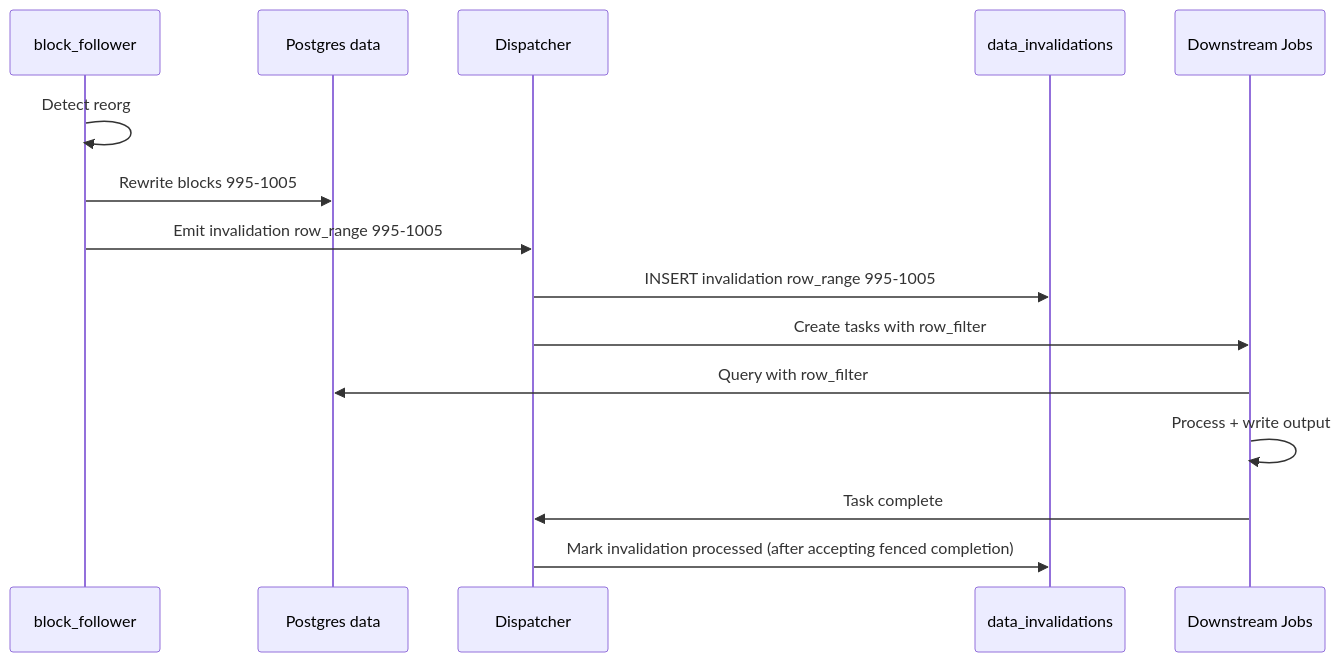
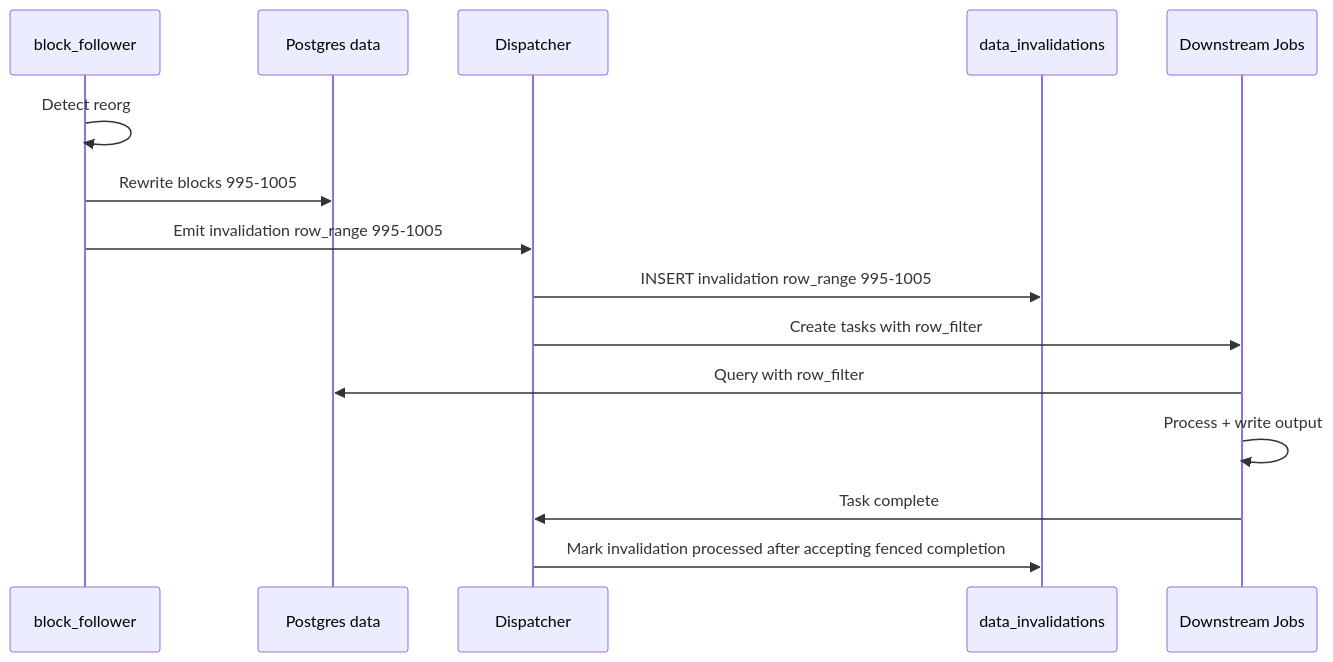
Before and after one commit to c7121/trace: the first of 2 diagrams in docs/architecture/data_versioning.md, drawn with Mermaid. The commit also changed 2 other files, not shown here.

Commit message:
docs: remove parentheses from Mermaid labels

````diff
--- a/docs/architecture/data_versioning.md
+++ b/docs/architecture/data_versioning.md
@@ -150,18 +150,18 @@
 ```mermaid
 sequenceDiagram
     participant BF as block_follower
     participant PG as Postgres data
     participant DISP as Dispatcher
     participant INV as data_invalidations
     participant DS as Downstream Jobs
 
     BF->>BF: Detect reorg
     BF->>PG: Rewrite blocks 995-1005
     BF->>DISP: Emit invalidation row_range 995-1005
     DISP->>INV: INSERT invalidation row_range 995-1005
     DISP->>DS: Create tasks with row_filter
     DS->>PG: Query with row_filter
     DS->>DS: Process + write output
     DS->>DISP: Task complete
-    DISP->>INV: Mark invalidation processed (after accepting fenced completion)
+    DISP->>INV: Mark invalidation processed after accepting fenced completion
 ```
````
